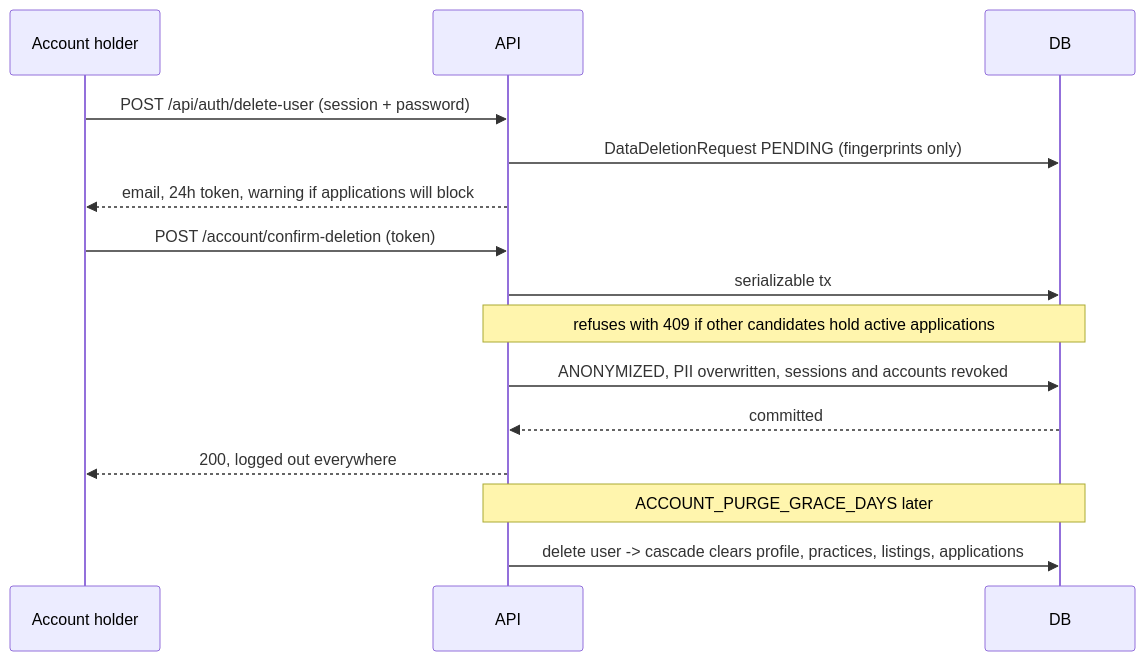
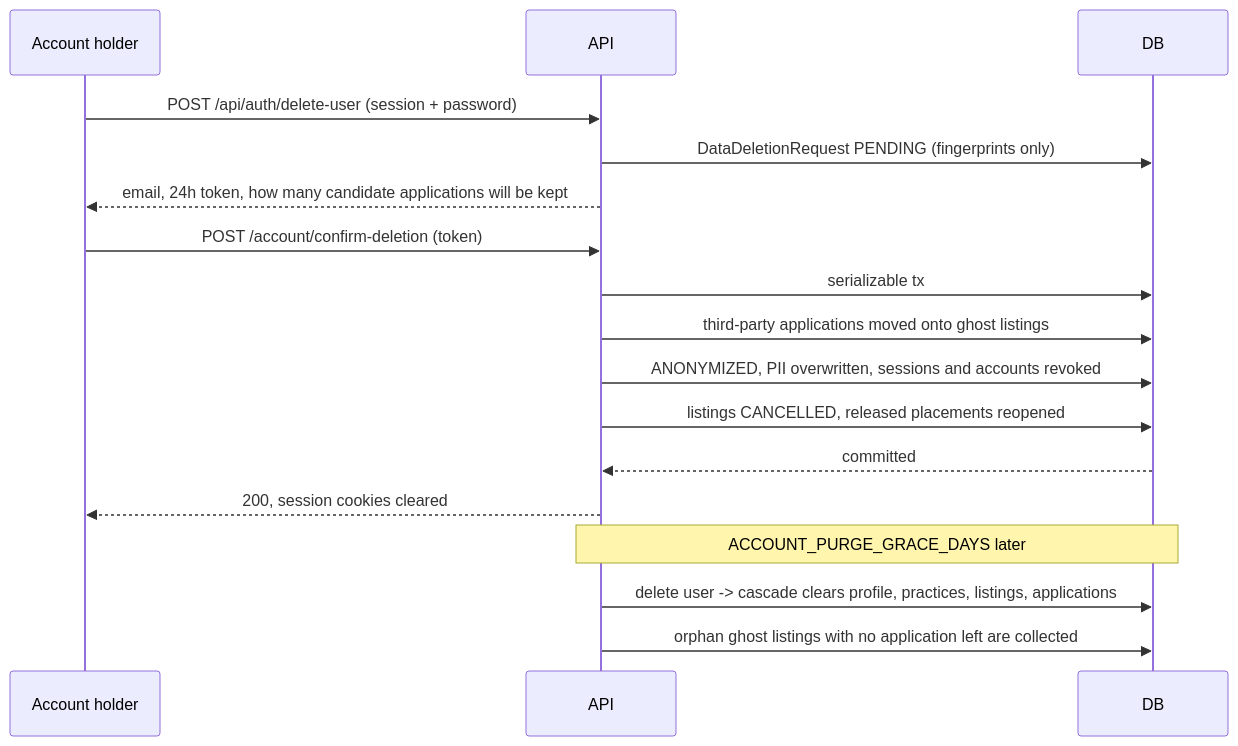
The seventh of 7 diagrams in README.md (lellis-group/kineo-nest-backend), drawn with Mermaid before and after one commit. The commit also changed other lines of this file, not shown here.

````diff
--- a/README.md
+++ b/README.md
@@ -269,18 +301,20 @@
 ```mermaid
 sequenceDiagram
     participant U as Account holder
     participant A as API
     participant D as DB
 
     U->>A: POST /api/auth/delete-user (session + password)
     A->>D: DataDeletionRequest PENDING (fingerprints only)
-    A-->>U: email, 24h token, warning if applications will block
+    A-->>U: email, 24h token, how many candidate applications will be kept
     U->>A: POST /account/confirm-deletion (token)
     A->>D: serializable tx
-    Note over A,D: refuses with 409 if other candidates hold active applications
+    A->>D: third-party applications moved onto ghost listings
     A->>D: ANONYMIZED, PII overwritten, sessions and accounts revoked
+    A->>D: listings CANCELLED, released placements reopened
     D-->>A: committed
-    A-->>U: 200, logged out everywhere
+    A-->>U: 200, session cookies cleared
     Note over A,D: ACCOUNT_PURGE_GRACE_DAYS later
     A->>D: delete user -> cascade clears profile, practices, listings, applications
+    A->>D: orphan ghost listings with no application left are collected
 ```
````
